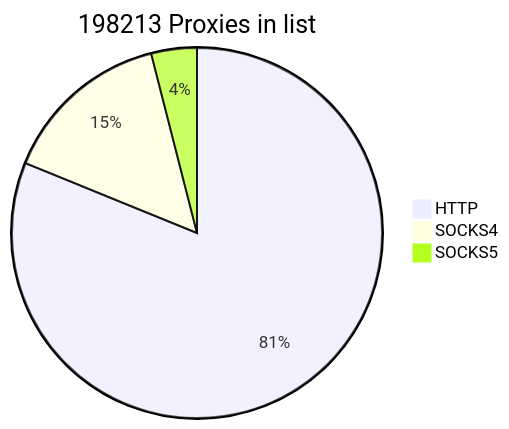
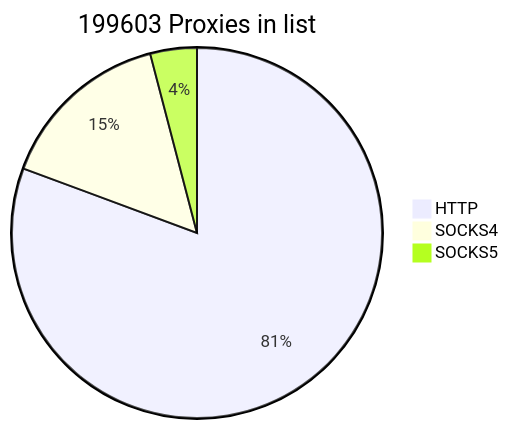
The first of 2 diagrams in README.md (cutipu/proxylist), drawn with Mermaid before and after one commit. The commit also changed other lines of this file, not shown here.

````diff
--- a/README.md
+++ b/README.md
@@ -2,7 +2,7 @@
 ```mermaid
-pie title 198213 Proxies in list
-    "HTTP" : 160863
-    "SOCKS4" : 29456
-    "SOCKS5" : 7894
+pie title 199603 Proxies in list
+    "HTTP" : 161003
+    "SOCKS4" : 30481
+    "SOCKS5" : 8119
             
 ```
````
